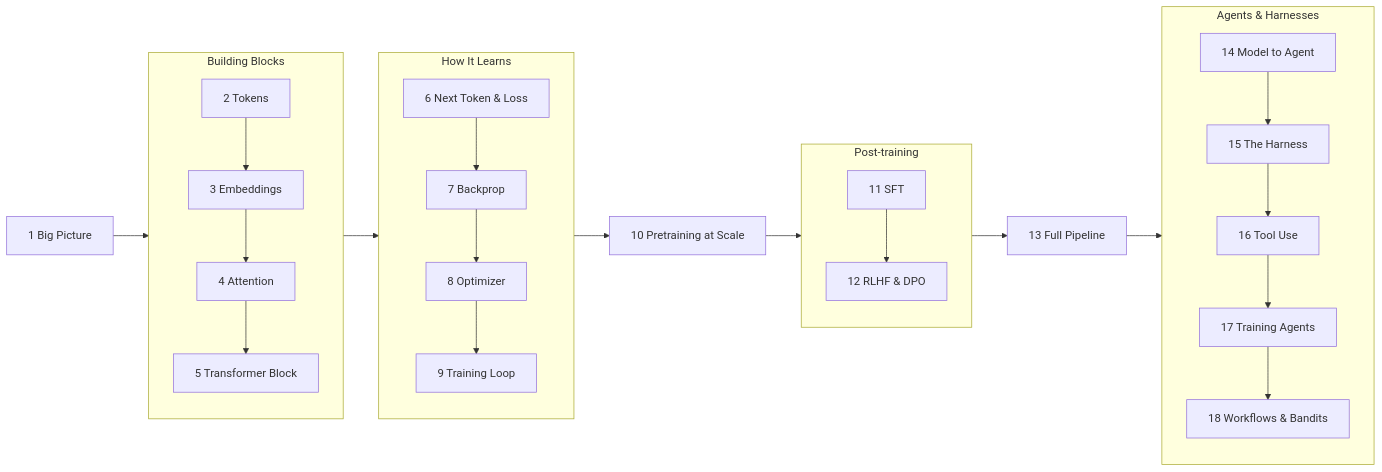
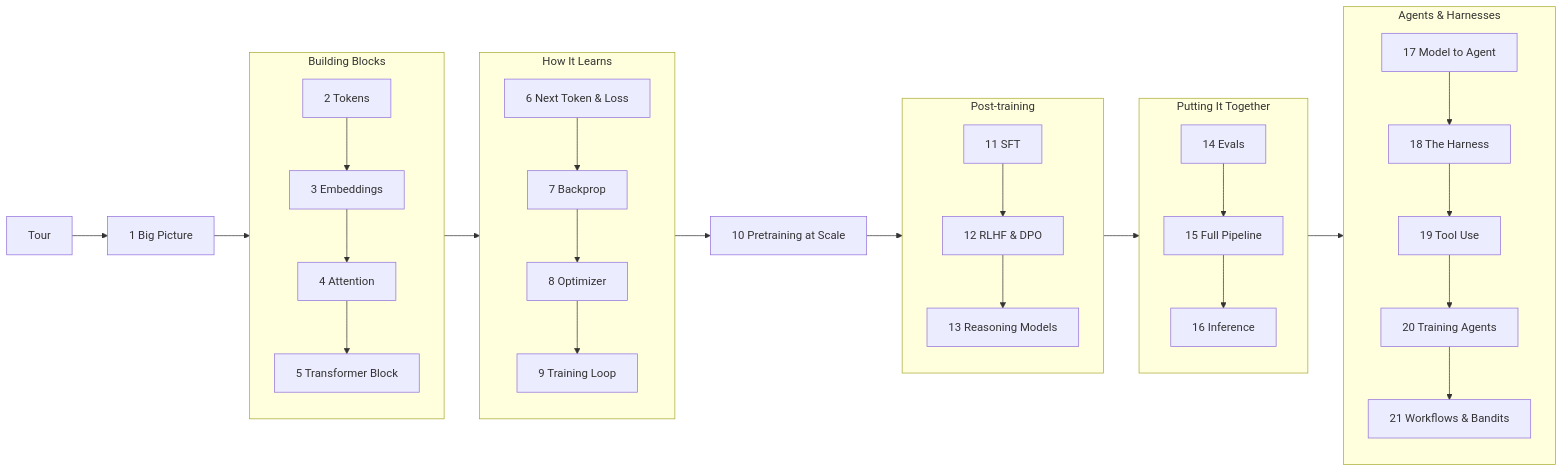
One commit to amalmehta/LLMUnderstander changed the diagram in README.md. Above: the diagram before and after it, drawn with Mermaid. The commit also changed other lines of this file and 3 other files, not shown here.

````diff
--- a/README.md
+++ b/README.md
@@ -21,21 +21,25 @@
 ```mermaid
 flowchart LR
+    T[Tour] --> A
     A[1 Big Picture] --> B
     subgraph B[Building Blocks]
         B2[2 Tokens] --> B3[3 Embeddings] --> B4[4 Attention] --> B5[5 Transformer Block]
     end
     B --> C
     subgraph C[How It Learns]
         C6[6 Next Token & Loss] --> C7[7 Backprop] --> C8[8 Optimizer] --> C9[9 Training Loop]
     end
     C --> D[10 Pretraining at Scale]
     D --> E
     subgraph E[Post-training]
-        E11[11 SFT] --> E12[12 RLHF & DPO]
+        E11[11 SFT] --> E12[12 RLHF & DPO] --> E13[13 Reasoning Models]
     end
-    E --> F[13 Full Pipeline]
+    E --> F
+    subgraph F[Putting It Together]
+        F14[14 Evals] --> F15[15 Full Pipeline] --> F16[16 Inference]
+    end
     F --> G
     subgraph G[Agents & Harnesses]
-        G14[14 Model to Agent] --> G15[15 The Harness] --> G16[16 Tool Use] --> G17[17 Training Agents] --> G18[18 Workflows & Bandits]
+        G17[17 Model to Agent] --> G18[18 The Harness] --> G19[19 Tool Use] --> G20[20 Training Agents] --> G21[21 Workflows & Bandits]
     end
 ```
````
